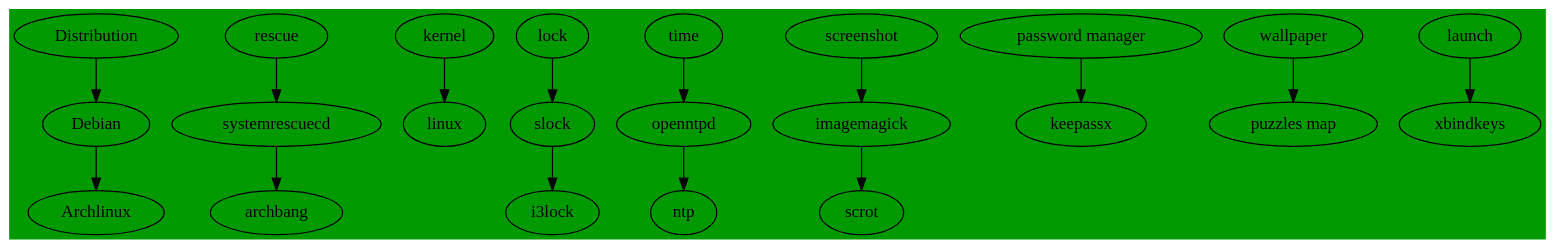
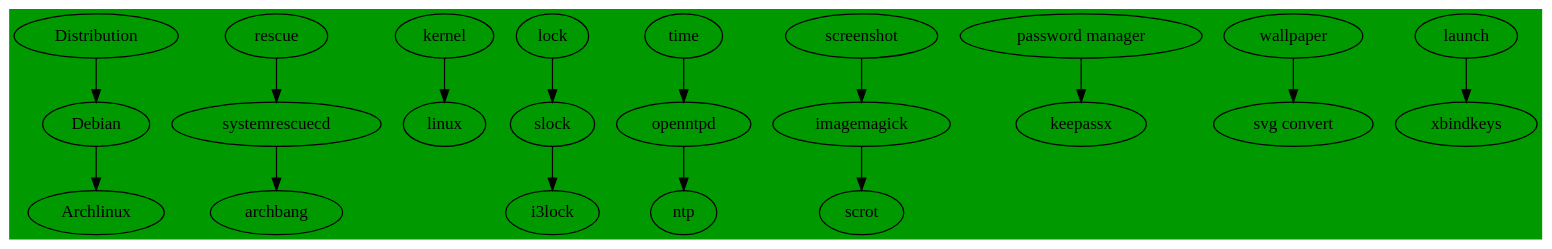
The diagram in dot/.config/dupl/timeline.dot (cdede/dotfiles), drawn with Graphviz before and after one commit.

Commit message:
-sample a%xb% -density c  -resize  dxe

```diff
--- a/dot/.config/dupl/timeline.dot
+++ b/dot/.config/dupl/timeline.dot
@@ -1,14 +1,14 @@
 //dot -Tpng timeline.dot -o line.png
 digraph G {
   bgcolor ="#009900";
 
   Distribution -> Debian -> Archlinux;
   rescue ->systemrescuecd->archbang;
 kernel ->linux;
   lock -> slock->i3lock;
   time -> openntpd->ntp;
 screenshot->imagemagick->scrot ;
 "password manager"->keepassx;
-wallpaper ->"puzzles map";
+wallpaper ->"svg convert";
 "launch"->"xbindkeys";
 }
```
